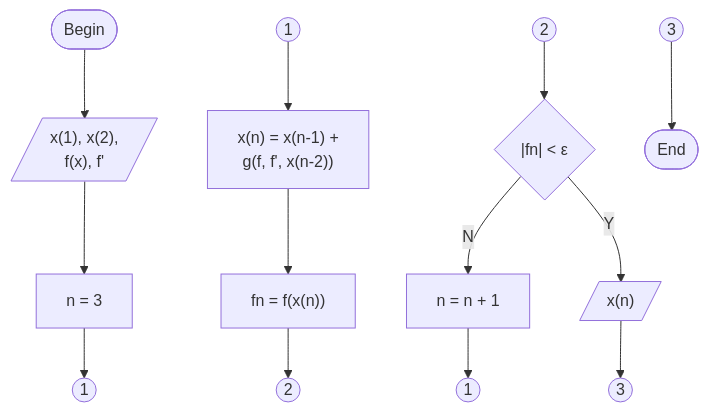
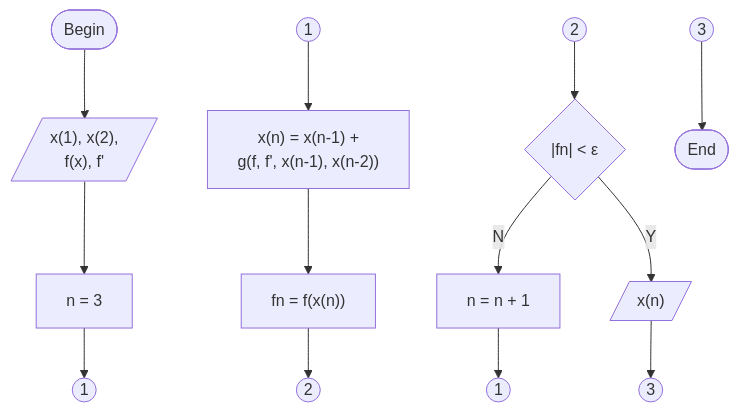
The diagram in content/notes/fi4002/root-finding-flowchart.md (yunoooo111/lecture-notes), drawn with Mermaid before and after one commit. The commit also changed other lines of this file, not shown here.

```diff
--- a/content/notes/fi4002/root-finding-flowchart.md
+++ b/content/notes/fi4002/root-finding-flowchart.md
@@ -15,24 +15,24 @@
 {{< mermaid >}}
 flowchart TD
   B --> I --> N1 --> o1a
   o1b --> P1 --> P2 --> o2a
   o2b --> C --"N"--> N2 --> o1c
   C --"Y"--> O --> o3a
   o3b --> E
   B(["Begin"])
   I[/"x(1), x(2),<br>f(x), f'"/]
   N1["n = 3"]
   N2["n = n + 1"]
-  P1["x(n) = x(n-1) +<br>g(f, f', x(n-2))"]
+  P1["x(n) = x(n-1) +<br>g(f, f', x(n-1), x(n-2))"]
   P2["fn = f(x(n))"]
   C{"|fn| < &epsilon;"}
   O[/"x(n)"/]
   o1a(("1"))
   o1b(("1"))
   o1c(("1"))
   o2a(("2"))
   o2b(("2"))
   o3a(("3"))
   o3b(("3"))
   E(["End"])
 {{< /mermaid >}}
```
